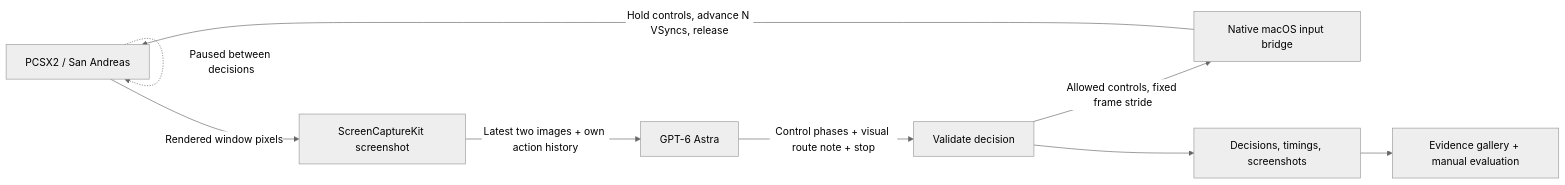
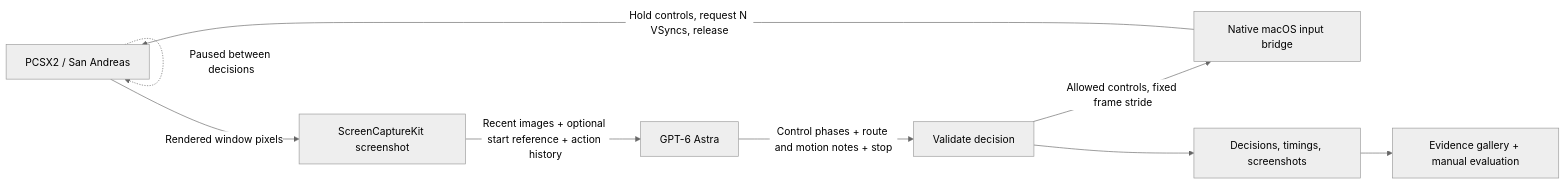
One commit to PandelisZ/gta-san-astra changed the diagram in README.md. Above: the diagram before and after it, drawn with Mermaid (neutral theme). The commit also changed other lines of this file, not shown here.

Commit message:
Explain parallel driving evidence and separate motion memory

````diff
--- a/README.md
+++ b/README.md
@@ -56,11 +56,11 @@
 ```mermaid
 flowchart LR
     G[PCSX2 / San Andreas] -->|Rendered window pixels| S[ScreenCaptureKit screenshot]
-    S -->|Latest two images + own action history| A[GPT-6 Astra]
-    A -->|Control phases + visual route note + stop| V[Validate decision]
+    S -->|Recent images + optional start reference + action history| A[GPT-6 Astra]
+    A -->|Control phases + route and motion notes + stop| V[Validate decision]
     V -->|Allowed controls, fixed frame stride| B[Native macOS input bridge]
-    B -->|Hold controls, advance N VSyncs, release| G
+    B -->|Hold controls, request N VSyncs, release| G
     G -.->|Paused between decisions| G
     V --> E[Decisions, timings, screenshots]
     E --> R[Evidence gallery + manual evaluation]
 ```
````
